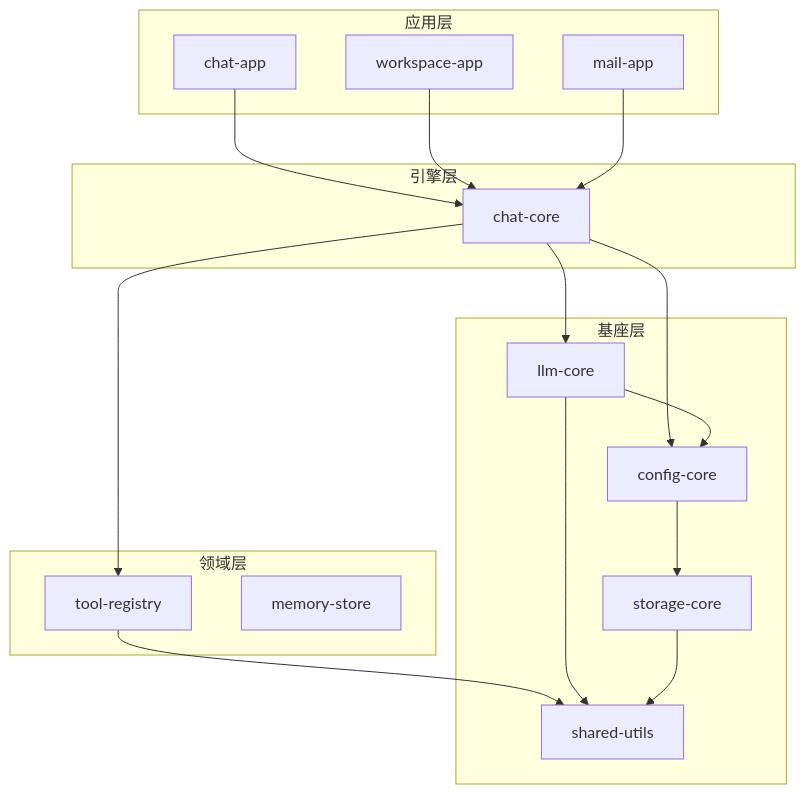
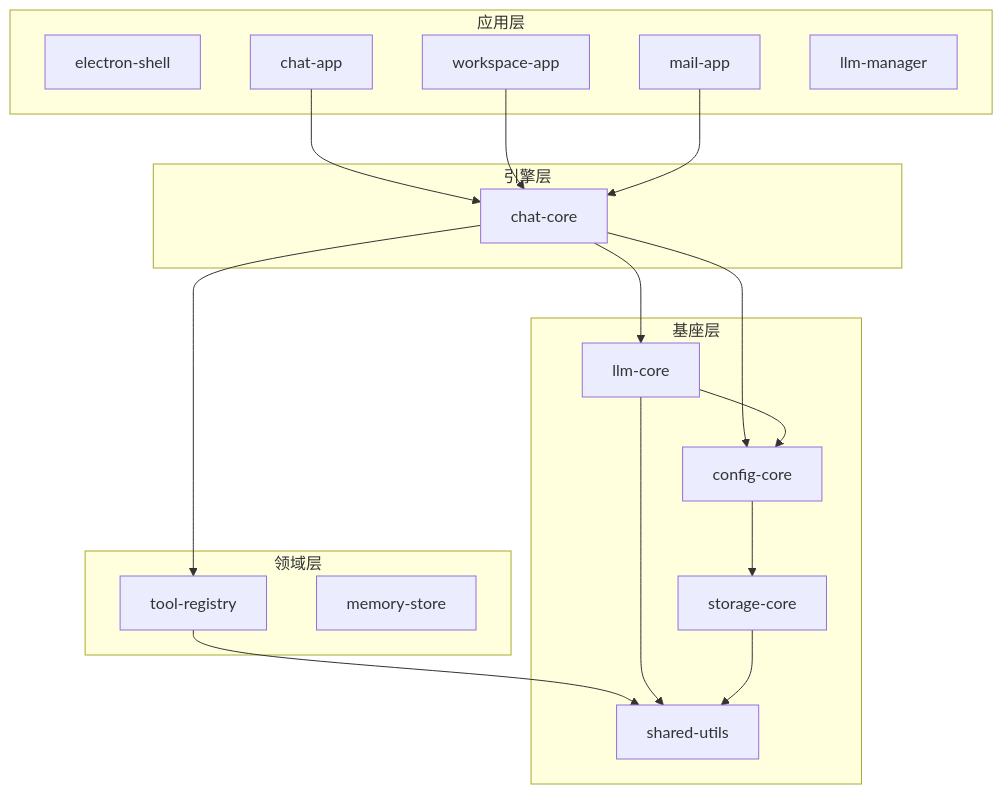
The diagram in README_zh.md (xingseq/xingseq), drawn with Mermaid before and after one commit. The commit also changed other lines of this file and 2 other files, not shown here.

First line of the commit message:
feat(electron-shell): 添加综合控制台子应用及构建指令

````diff
--- a/README_zh.md
+++ b/README_zh.md
@@ -67,33 +68,35 @@
 ```mermaid
 graph TB
     subgraph L4[应用层]
+        electron-shell
         chat-app
         workspace-app
         mail-app
+        llm-manager
     end
     subgraph L3[引擎层]
         chat-core
     end
     subgraph L2[领域层]
         tool-registry
         memory-store
     end
     subgraph L1[基座层]
         llm-core
         config-core
         storage-core
         shared-utils
     end
 
     chat-app --> chat-core
     workspace-app --> chat-core
     mail-app --> chat-core
     chat-core --> tool-registry
     chat-core --> llm-core
     chat-core --> config-core
     tool-registry --> shared-utils
     llm-core --> config-core
     llm-core --> shared-utils
     config-core --> storage-core
     storage-core --> shared-utils
 ```
````
